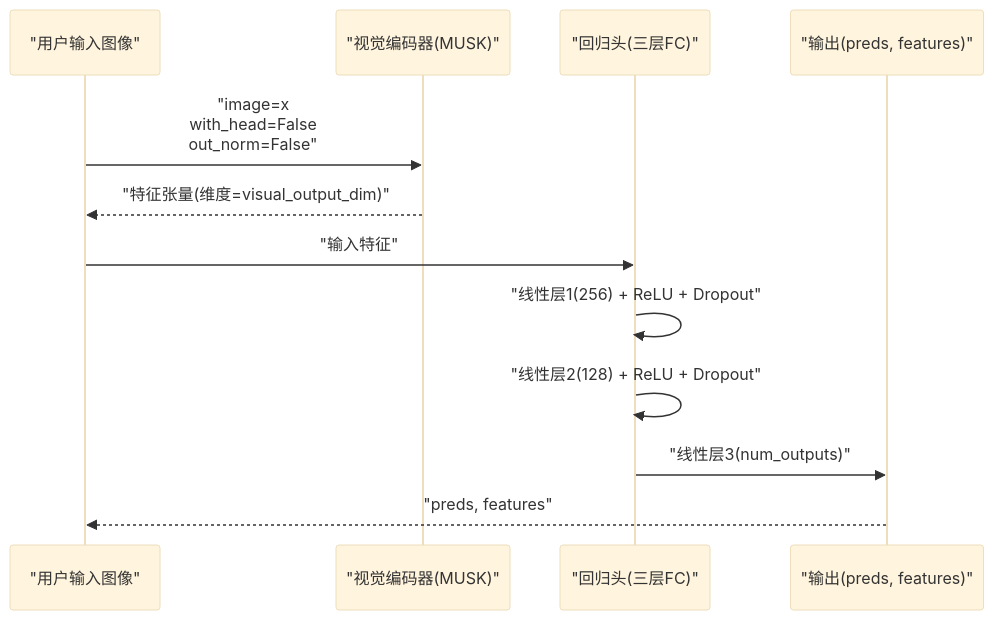
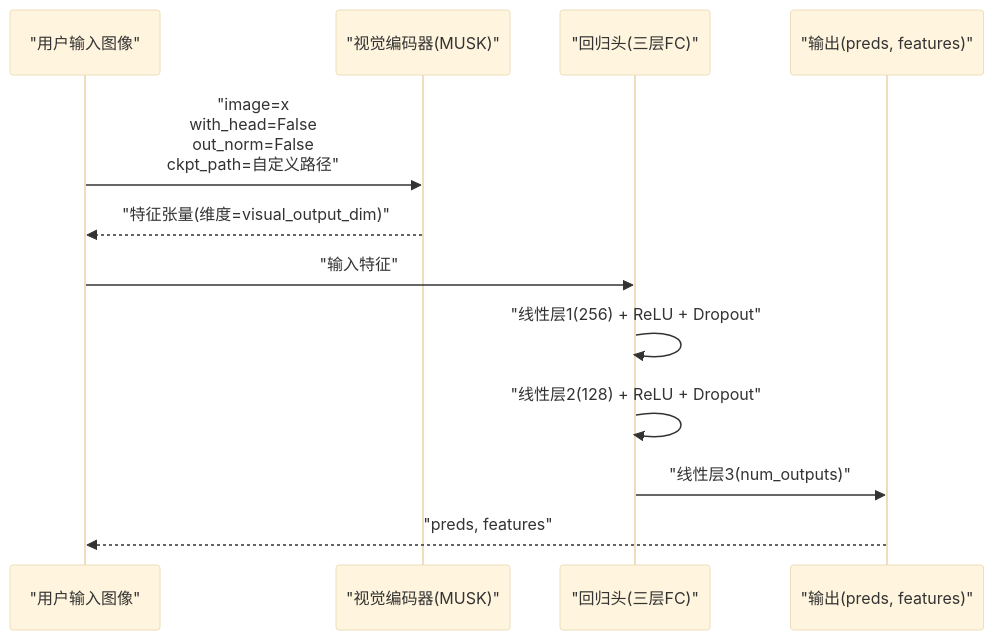
One commit to acproject/HEX changed the second of 5 diagrams in .qoder/repowiki/zh/content/HEX模型架构/CustomModel设计原理.md. Above: the diagram before and after it, drawn with Mermaid (base theme). The commit also changed other lines of this file and 2 other files, not shown here.

````diff
--- a/.qoder/repowiki/zh/content/HEX模型架构/CustomModel设计原理.md
+++ b/.qoder/repowiki/zh/content/HEX模型架构/CustomModel设计原理.md
@@ -85,14 +99,14 @@
 ```mermaid
 sequenceDiagram
 participant U as "用户输入图像"
 participant V as "视觉编码器(MUSK)"
 participant RH as "回归头(三层FC)"
 participant OUT as "输出(preds, features)"
-U->>V : "image=x<br/>with_head=False<br/>out_norm=False"
+U->>V : "image=x<br/>with_head=False<br/>out_norm=False<br/>ckpt_path=自定义路径"
 V-->>U : "特征张量(维度=visual_output_dim)"
 U->>RH : "输入特征"
 RH->>RH : "线性层1(256) + ReLU + Dropout"
 RH->>RH : "线性层2(128) + ReLU + Dropout"
 RH->>OUT : "线性层3(num_outputs)"
 OUT-->>U : "preds, features"
 ```
````
